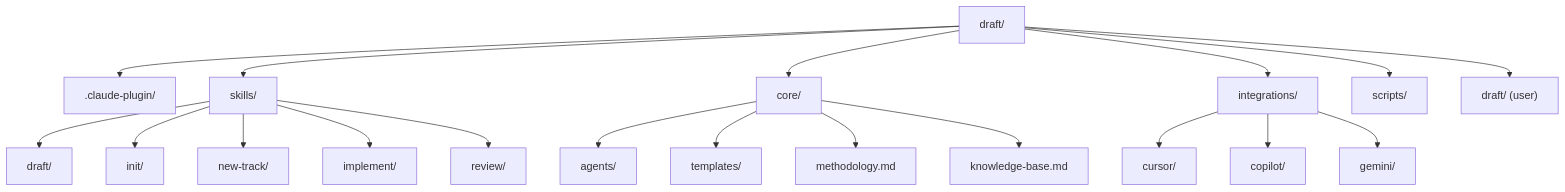
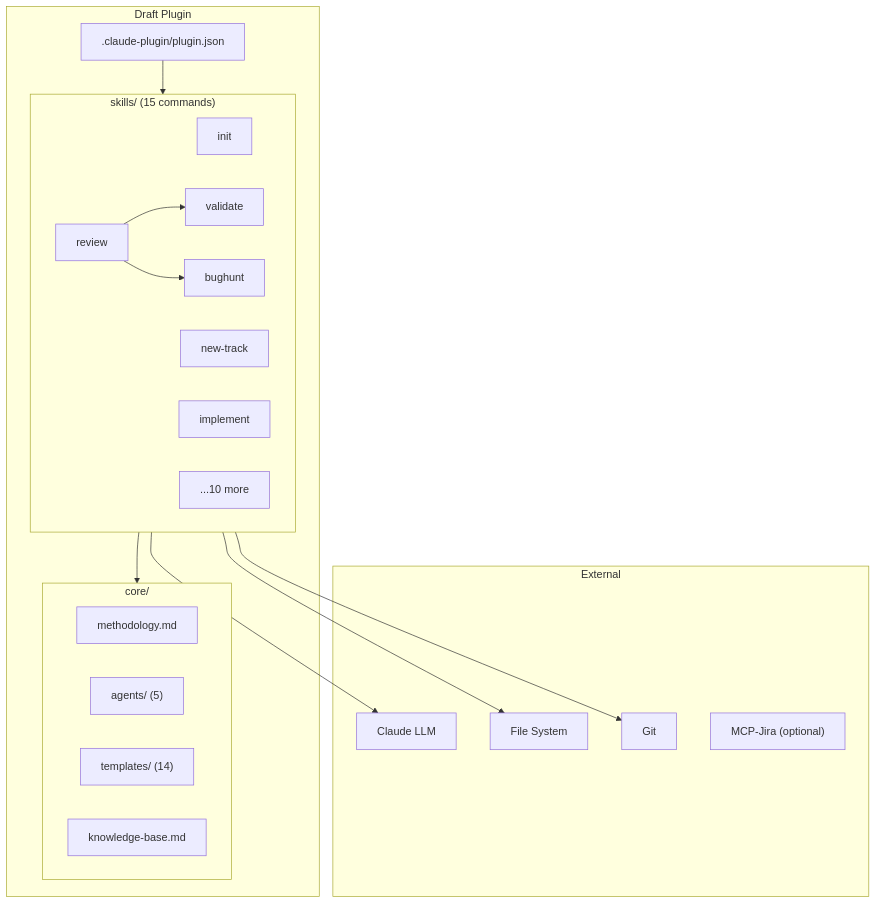
Before and after one commit to mayurpise/draft: the first of 7 diagrams in draft/architecture.md, drawn with Mermaid. The commit also changed other lines of this file and 5 other files, not shown here.

First line of the commit message:
fix(new-track): add metadata.json write verification before tracks.md update

````diff
--- a/draft/architecture.md
+++ b/draft/architecture.md
@@ -49,24 +123,34 @@
 ```mermaid
-graph TD
-    Root["draft/"] --> Plugin[".claude-plugin/"]
-    Root --> Skills["skills/"]
-    Root --> Core["core/"]
-    Root --> Integrations["integrations/"]
-    Root --> Scripts["scripts/"]
-    Root --> UserDraft["draft/ (user)"]
-
-    Skills --> Draft["draft/"]
-    Skills --> Init["init/"]
-    Skills --> NewTrack["new-track/"]
-    Skills --> Implement["implement/"]
-    Skills --> Review["review/"]
-
-    Core --> Agents["agents/"]
-    Core --> Templates["templates/"]
-    Core --> Methodology["methodology.md"]
-    Core --> KnowledgeBase["knowledge-base.md"]
-
-    Integrations --> Cursor["cursor/"]
-    Integrations --> Copilot["copilot/"]
-    Integrations --> Gemini["gemini/"]
+flowchart TD
+    subgraph Plugin["Draft Plugin"]
+        Manifest[".claude-plugin/plugin.json"]
+        subgraph Skills["skills/ (15 commands)"]
+            Init["init"]
+            NewTrack["new-track"]
+            Implement["implement"]
+            Review["review"]
+            Validate["validate"]
+            BugHunt["bughunt"]
+            Others["...10 more"]
+        end
+        subgraph Core["core/"]
+            Methodology["methodology.md"]
+            Agents["agents/ (5)"]
+            Templates["templates/ (14)"]
+            KnowledgeBase["knowledge-base.md"]
+        end
+    end
+    subgraph External["External"]
+        Claude["Claude LLM"]
+        FSys["File System"]
+        Git["Git"]
+        MCP["MCP-Jira (optional)"]
+    end
+    Manifest --> Skills
+    Skills --> Core
+    Skills --> Claude
+    Skills --> FSys
+    Skills --> Git
+    Review --> Validate
+    Review --> BugHunt
 ```
````
